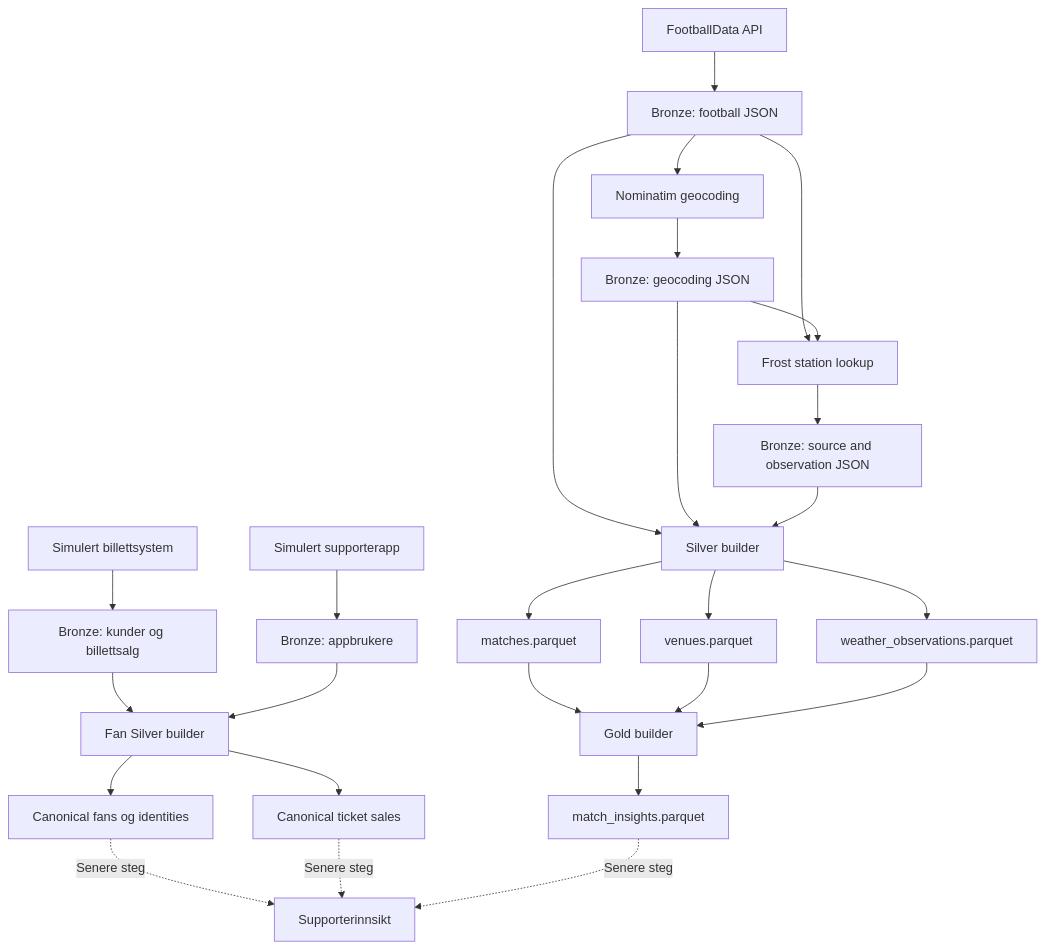
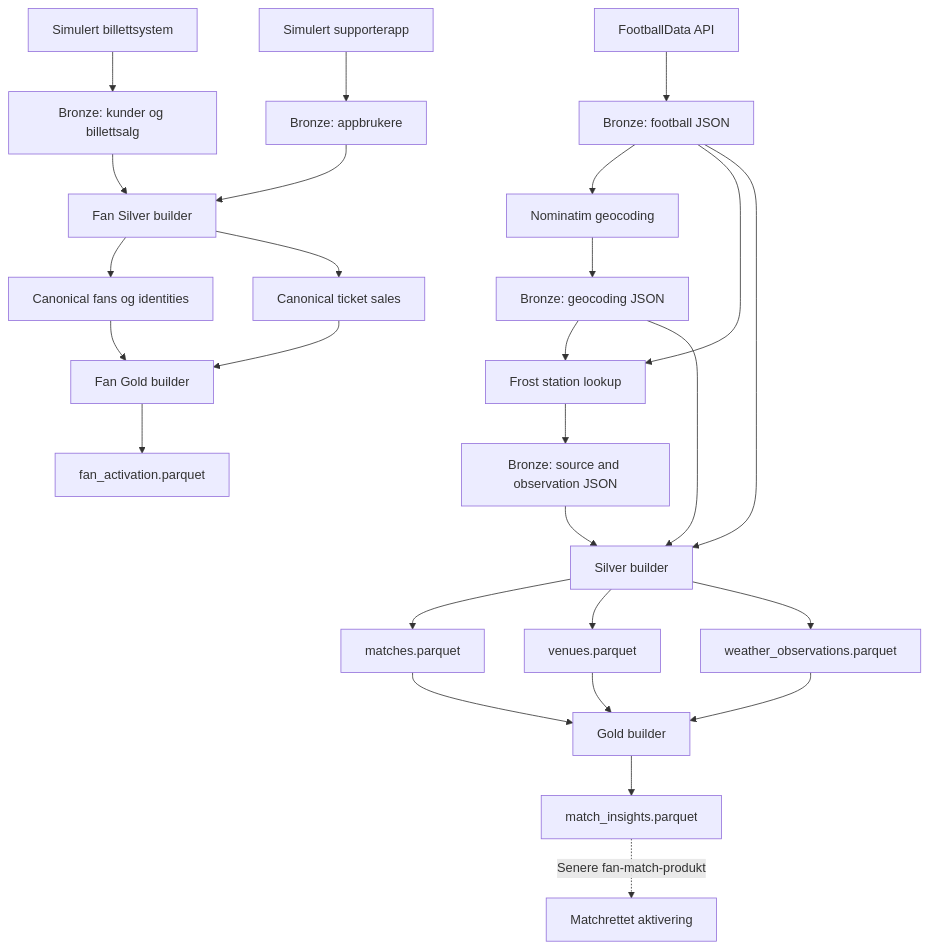
Before and after one commit to NilsenTommy/club-data-platform: the diagram in README.md, drawn with Mermaid. The commit also changed other lines of this file and 3 other files, not shown here.

Commit message:
Add fan activation to gold

````diff
--- a/README.md
+++ b/README.md
@@ -39,28 +39,29 @@
 ```mermaid
 flowchart TD
 		FD[FootballData API] --> BF[Bronze: football JSON]
 		BF --> N[Nominatim geocoding]
 		N --> BG[Bronze: geocoding JSON]
 		BF --> F[Frost station lookup]
 		BG --> F
 		F --> BW[Bronze: source and observation JSON]
 		BF --> S[Silver builder]
 		BG --> S
 		BW --> S
 		S --> SM[matches.parquet]
 		S --> SV[venues.parquet]
 		S --> SW[weather_observations.parquet]
 		SM --> G[Gold builder]
 		SV --> G
 		SW --> G
 		G --> GM[match_insights.parquet]
 		TS[Simulert billettsystem] --> BTS[Bronze: kunder og billettsalg]
 		SA[Simulert supporterapp] --> BAS[Bronze: appbrukere]
 		BTS --> FS[Fan Silver builder]
 		BAS --> FS
 		FS --> CF[Canonical fans og identities]
 		FS --> CS[Canonical ticket sales]
-		CF -. Senere steg .-> FI[Supporterinnsikt]
-		CS -. Senere steg .-> FI
-		GM -. Senere steg .-> FI
+		CF --> FG[Fan Gold builder]
+		CS --> FG
+		FG --> FA[fan_activation.parquet]
+		GM -. Senere fan-match-produkt .-> FI[Matchrettet aktivering]
 ```
````
